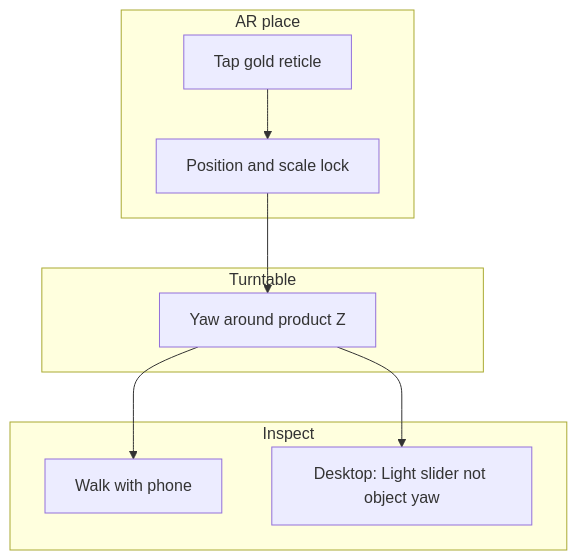
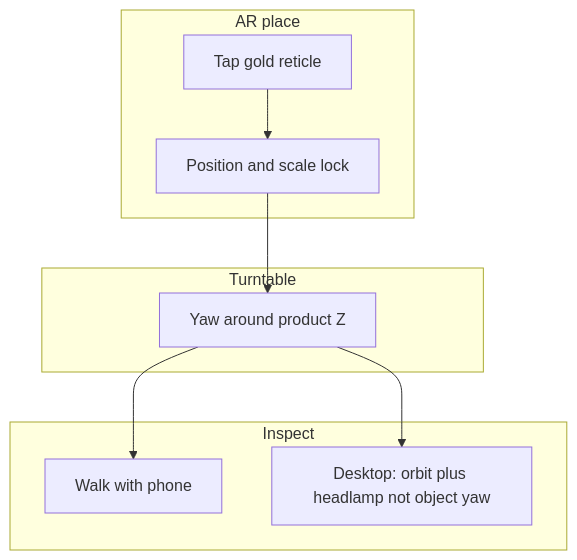
Before and after one commit to PiMaV/DONNER: the second of 11 diagrams in docs/gui.md, drawn with Mermaid. The commit also changed other lines of this file and 10 other files, not shown here.

Commit message:
Make lighting a view-locked headlamp so orbit and AR walk keep the facing side lit without a Light slider.

````diff
--- a/docs/gui.md
+++ b/docs/gui.md
@@ -43,18 +42,18 @@
 ```mermaid
 flowchart TB
   subgraph place [AR place]
     tap[Tap gold reticle]
     lock[Position and scale lock]
     tap --> lock
   end
   subgraph turntable [Turntable]
     spin[Yaw around product Z]
     lock --> spin
   end
   subgraph walk [Inspect]
     phone[Walk with phone]
-    desk[Desktop: Light slider not object yaw]
+    desk[Desktop: orbit plus headlamp not object yaw]
     spin --> phone
     spin --> desk
   end
 ```
````
